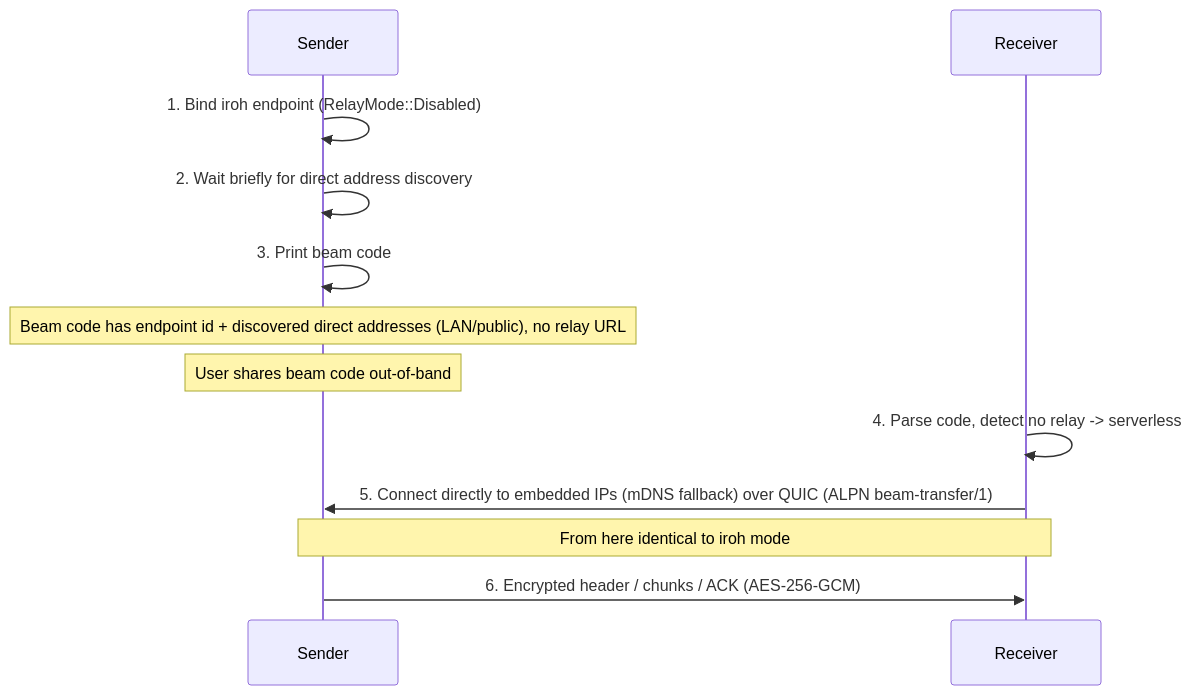
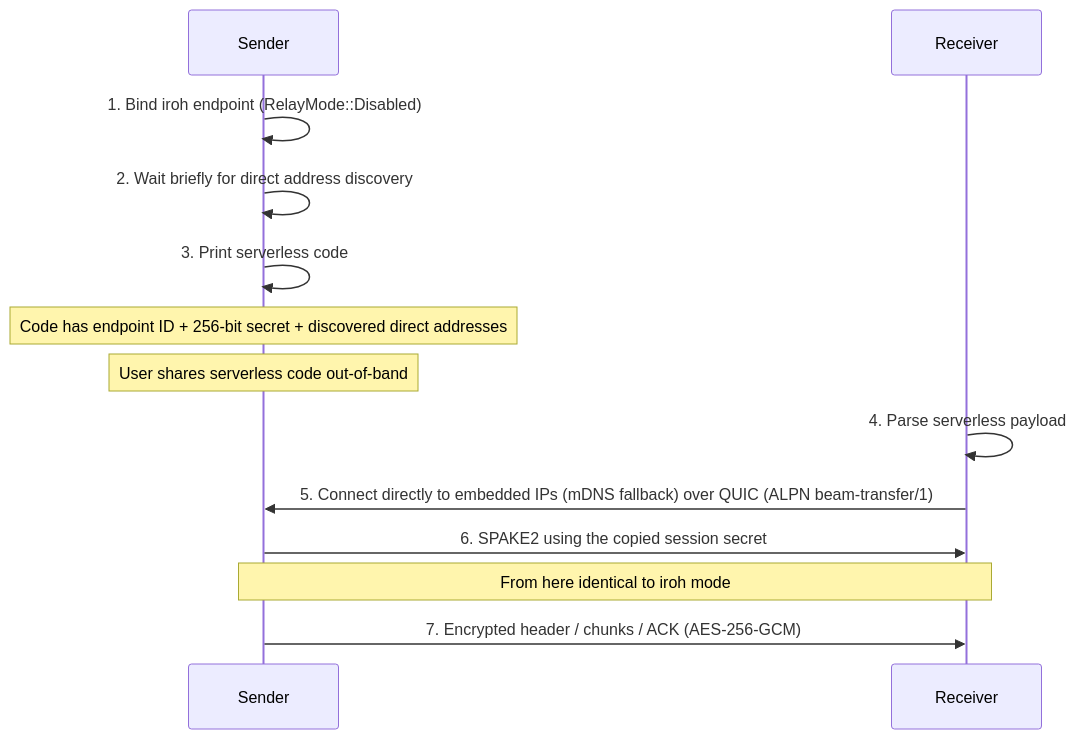
Before and after one commit to andrewtheguy/beam-rs: the second of 3 diagrams in docs/ARCHITECTURE.md, drawn with Mermaid. The commit also changed other lines of this file and 22 other files, not shown here.

````diff
--- a/docs/ARCHITECTURE.md
+++ b/docs/ARCHITECTURE.md
@@ -79,18 +80,19 @@
 ```mermaid
 sequenceDiagram
     participant Sender
     participant Receiver
 
     Sender->>Sender: 1. Bind iroh endpoint (RelayMode::Disabled)
     Sender->>Sender: 2. Wait briefly for direct address discovery
-    Sender->>Sender: 3. Print beam code
-    Note over Sender: Beam code has endpoint id + discovered direct addresses (LAN/public), no relay URL
+    Sender->>Sender: 3. Print serverless code
+    Note over Sender: Code has endpoint ID + 256-bit secret + discovered direct addresses
 
-    Note over Sender: User shares beam code out-of-band
+    Note over Sender: User shares serverless code out-of-band
 
-    Receiver->>Receiver: 4. Parse code, detect no relay -> serverless
+    Receiver->>Receiver: 4. Parse serverless payload
     Receiver->>Sender: 5. Connect directly to embedded IPs (mDNS fallback) over QUIC (ALPN beam-transfer/1)
+    Sender->>Receiver: 6. SPAKE2 using the copied session secret
 
     Note over Sender,Receiver: From here identical to iroh mode
-    Sender->>Receiver: 6. Encrypted header / chunks / ACK (AES-256-GCM)
+    Sender->>Receiver: 7. Encrypted header / chunks / ACK (AES-256-GCM)
 ```
````
